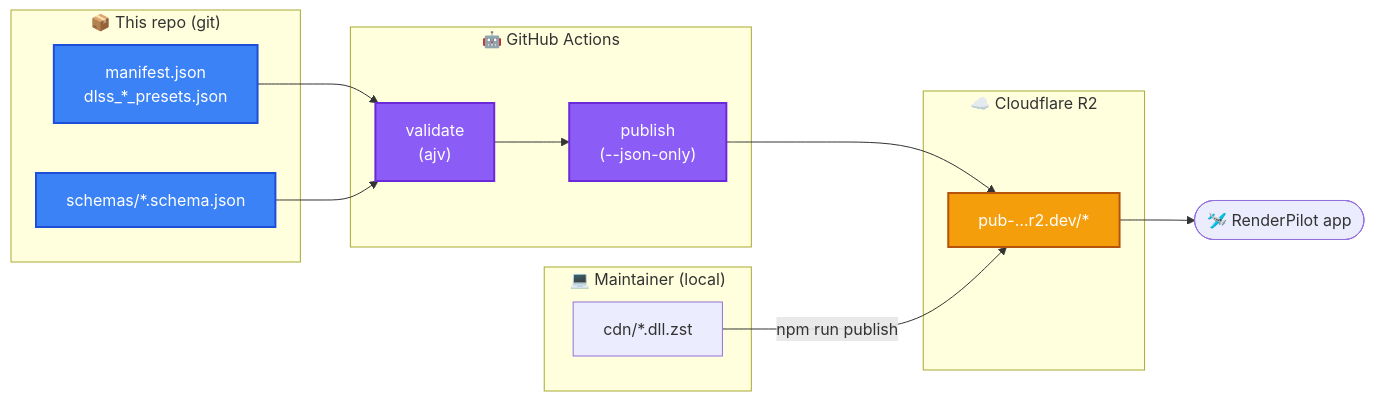
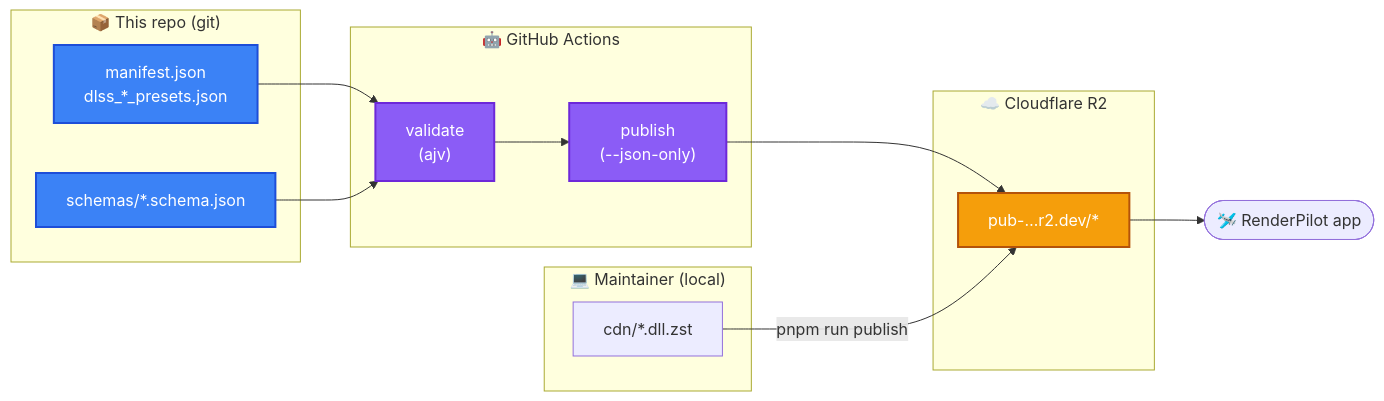
Before and after one commit to osyka-yuri/renderpilot-libraries: the diagram in README.md, drawn with Mermaid. The commit also changed other lines of this file and 29 other files, not shown here.

````diff
--- a/README.md
+++ b/README.md
@@ -26,31 +26,31 @@
 ```mermaid
 flowchart LR
   subgraph REPO["📦 This repo (git)"]
     JSON["manifest.json<br/>dlss_*_presets.json"]
     SCHEMAS["schemas/*.schema.json"]
   end
   subgraph LOCAL["💻 Maintainer (local)"]
     BIN["cdn/*.dll.zst"]
   end
   subgraph CI["🤖 GitHub Actions"]
     V["validate<br/>(ajv)"]
     P["publish<br/>(--json-only)"]
   end
   subgraph R2["☁️ Cloudflare R2"]
     OBJ["pub-…r2.dev/*"]
   end
   APP(["🛩️ RenderPilot app"])
 
   JSON --> V
   SCHEMAS --> V
   V --> P --> OBJ
-  BIN -->|npm run publish| OBJ
+  BIN -->|pnpm run publish| OBJ
   OBJ --> APP
 
   classDef repo fill:#3b82f6,color:#fff,stroke:#1d4ed8,stroke-width:2px;
   classDef ci fill:#8b5cf6,color:#fff,stroke:#6d28d9,stroke-width:2px;
   classDef cdn fill:#f59e0b,color:#fff,stroke:#b45309,stroke-width:2px;
   class JSON,SCHEMAS repo;
   class V,P ci;
   class OBJ cdn;
 ```
````
